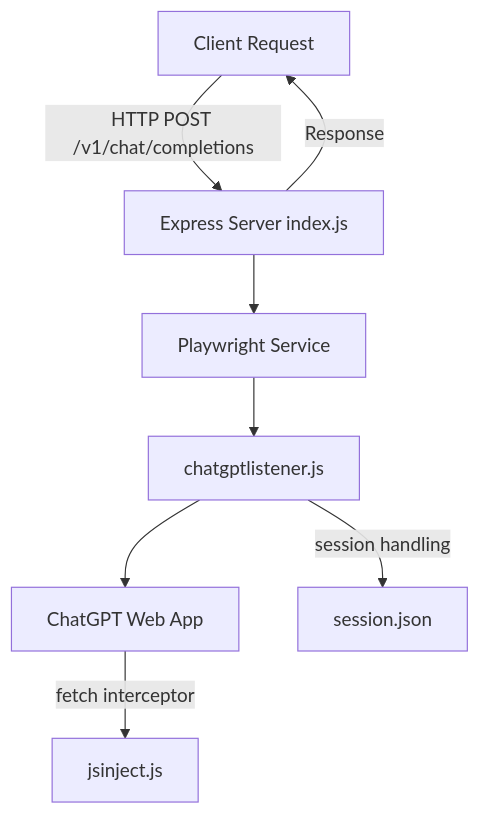
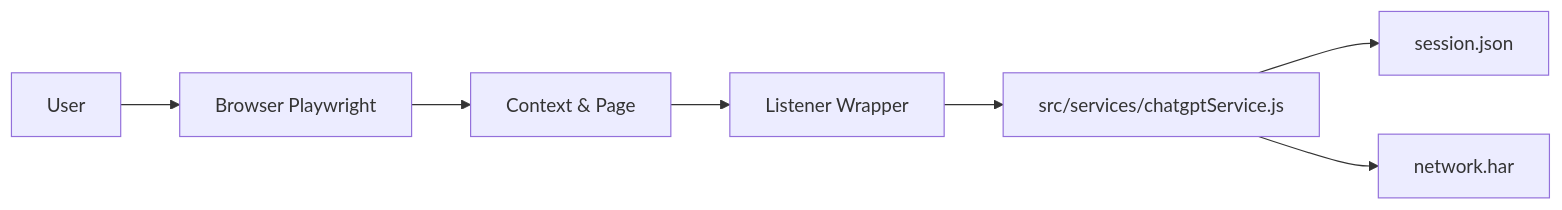
Before and after one commit to antoine-marchal/YA-CGPT-UAPI: the diagram in README.md, drawn with Mermaid. The commit also changed other lines of this file and 1 other file, not shown here.

Commit message:
readme and fix on package.json

````diff
--- a/README.md
+++ b/README.md
@@ -134,10 +104,9 @@
 ```mermaid
-flowchart TD
-  A[Client Request] -->|HTTP POST /v1/chat/completions| B[Express Server index.js]
-  B --> C[Playwright Service]
-  C --> D[chatgptlistener.js]
-  D --> E[ChatGPT Web App]
-  E -->|fetch interceptor| F[jsinject.js]
-  D -->|session handling| G[session.json]
-  B -->|Response| A
+flowchart LR
+  User --> Browser[Browser Playwright]
+  Browser --> Context[Context & Page]
+  Context --> Listener[Listener Wrapper]
+  Listener --> ChatGPTService[src/services/chatgptService.js]
+  ChatGPTService --> SessionFile[session.json]
+  ChatGPTService --> HARFile[network.har]
 ```
````
